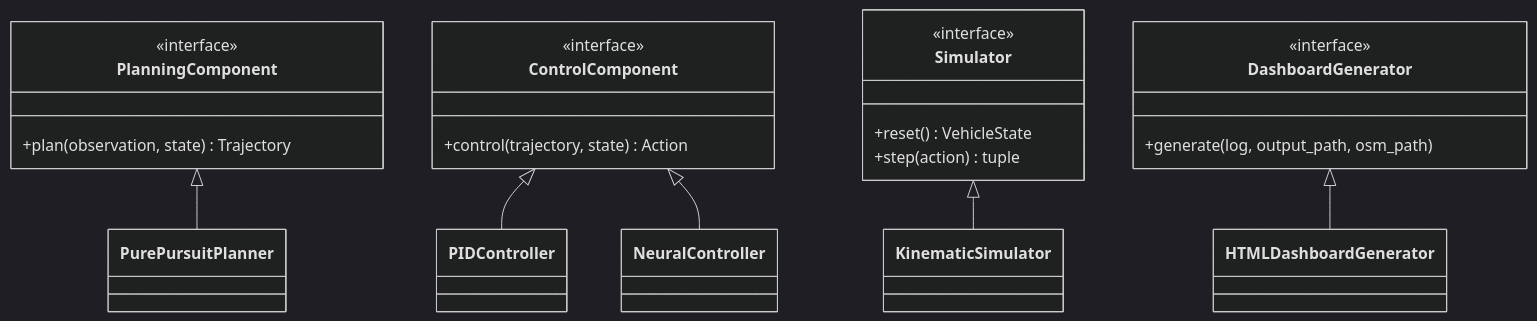
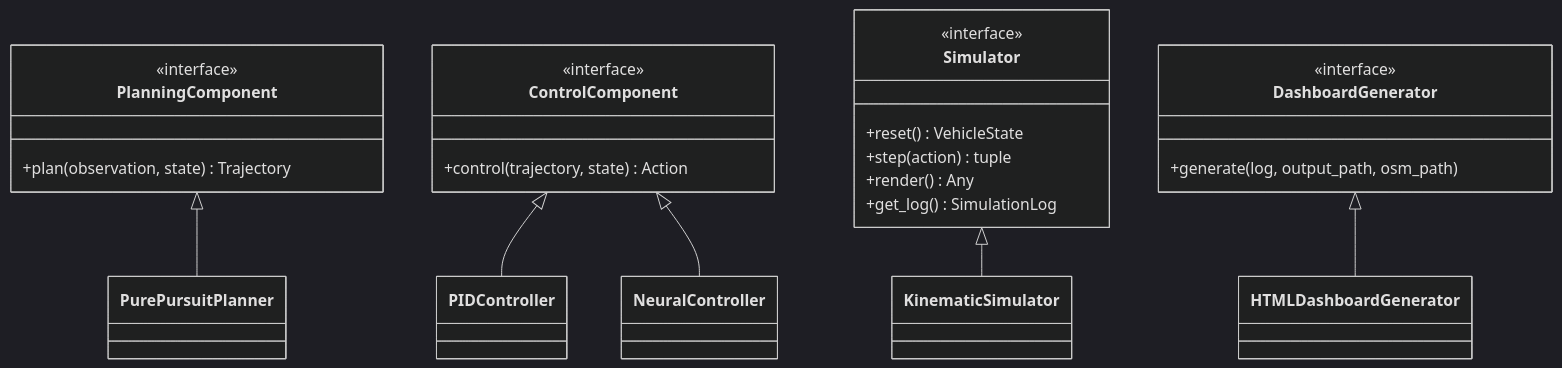
One commit to masahiro-kubota/python-self-driving-simulator changed the second of 2 diagrams in README.md. Above: the diagram before and after it, drawn with Mermaid (dark theme).

Commit message:
docs: update Simulator interface in README

````diff
--- a/README.md
+++ b/README.md
@@ -118,29 +118,31 @@
 ```mermaid
 classDiagram
     class PlanningComponent {
         <<interface>>
         +plan(observation, state) Trajectory
     }
 
     class ControlComponent {
         <<interface>>
         +control(trajectory, state) Action
     }
 
     class Simulator {
         <<interface>>
         +reset() VehicleState
         +step(action) tuple
+        +render() Any
+        +get_log() SimulationLog
     }
 
     class DashboardGenerator {
         <<interface>>
         +generate(log, output_path, osm_path)
     }
 
     PlanningComponent <|-- PurePursuitPlanner
     ControlComponent <|-- PIDController
     ControlComponent <|-- NeuralController
     Simulator <|-- KinematicSimulator
     DashboardGenerator <|-- HTMLDashboardGenerator
 ```
````
